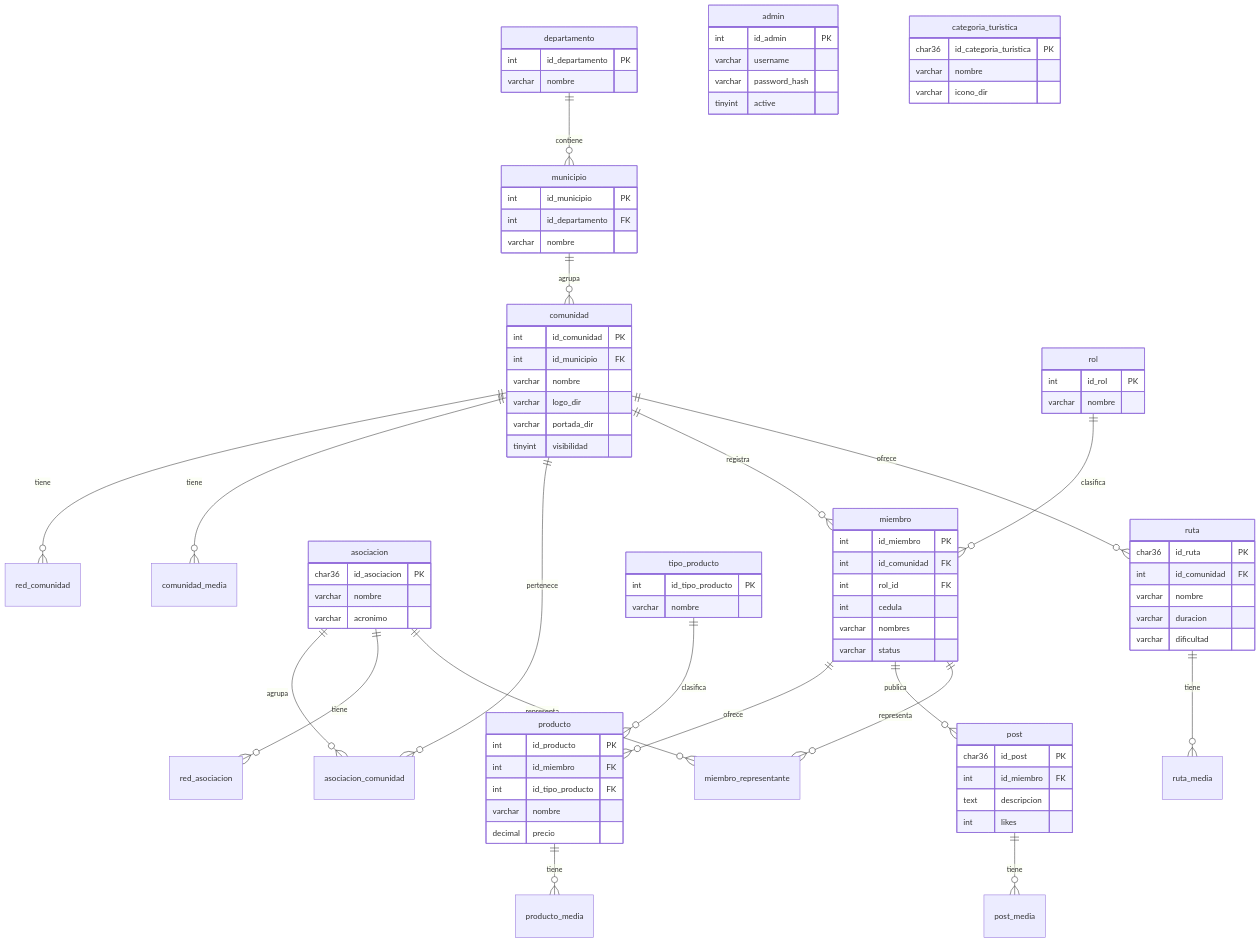
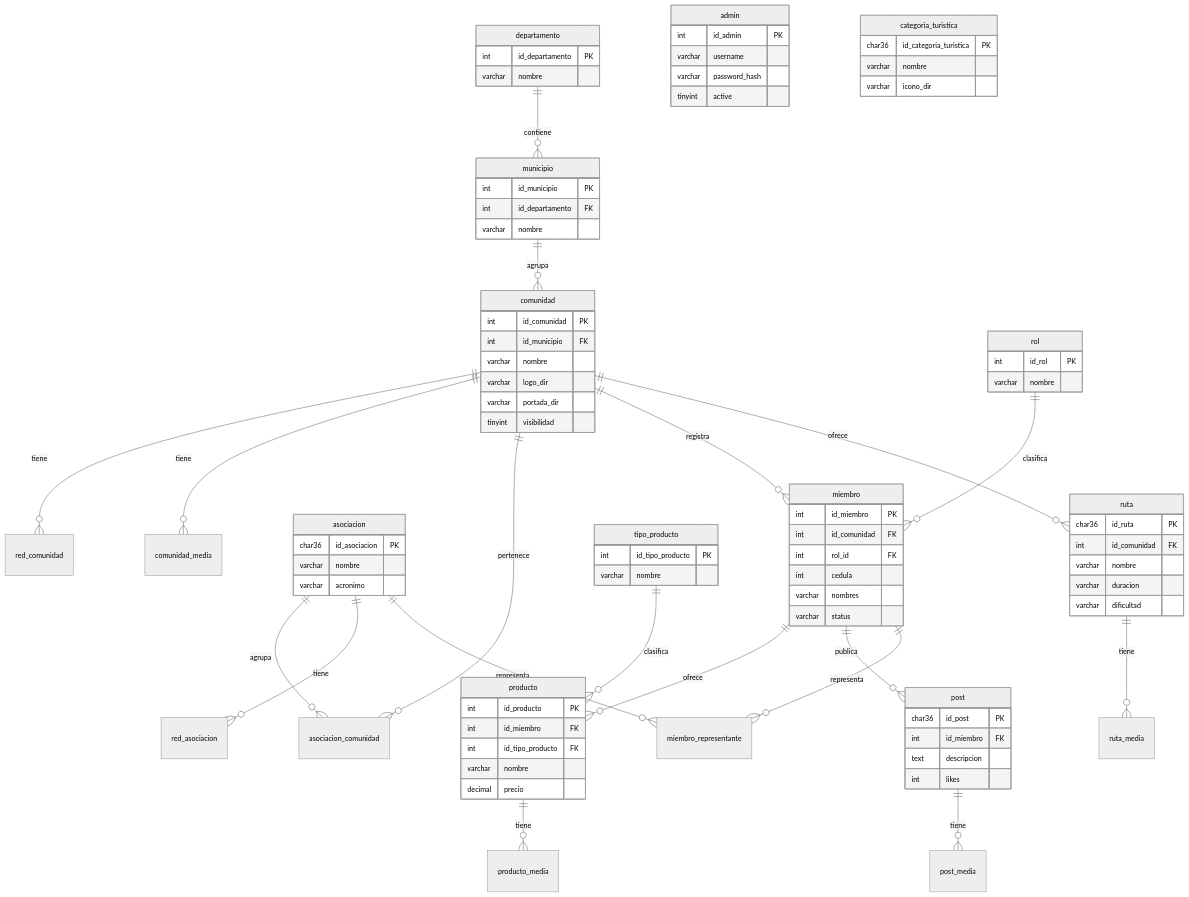
The diagram in documentacion/diagrama-tablas.md (Alexhumme/guajira-platform), drawn with Mermaid before and after one commit.

Commit message:
docs: theme erDiagram

````diff
--- a/documentacion/diagrama-tablas.md
+++ b/documentacion/diagrama-tablas.md
@@ -3,4 +3,5 @@
 ```mermaid
+%%{init: {'theme':'neutral', 'themeVariables': { 'fontSize': '14px' }}}%%
 erDiagram
   departamento ||--o{ municipio : contiene
   municipio ||--o{ comunidad : agrupa
````
